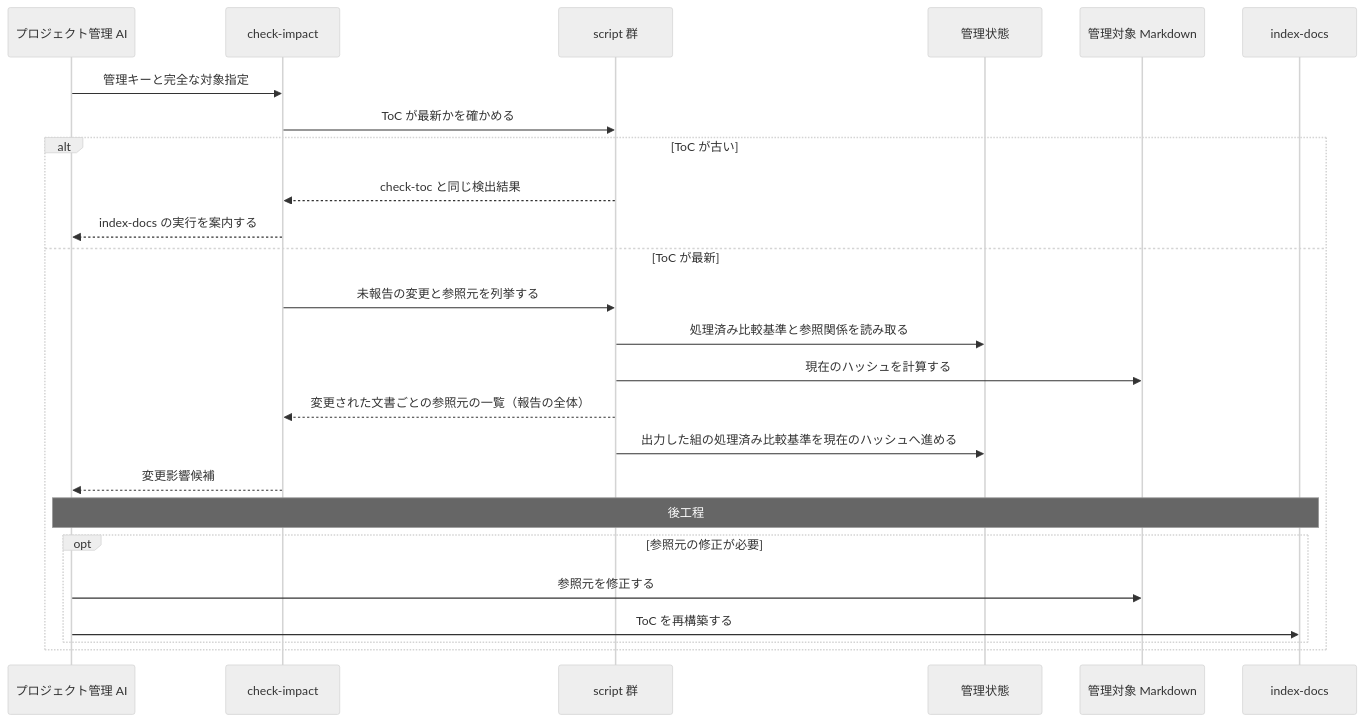
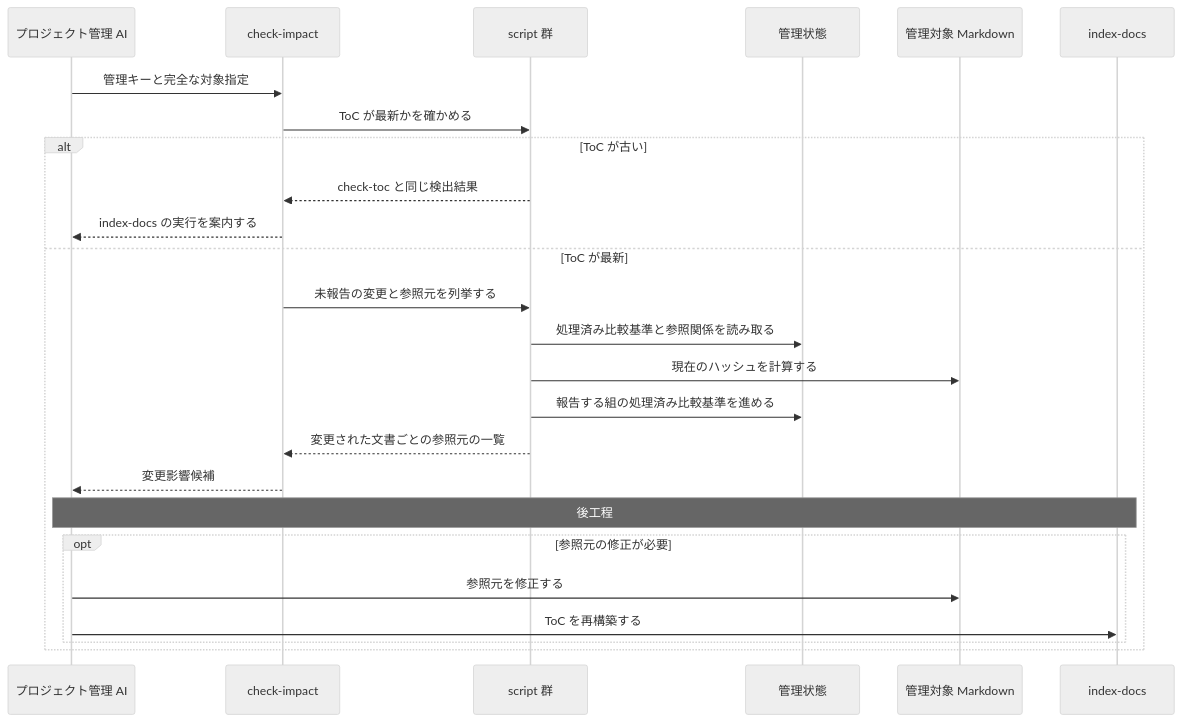
Before and after one commit to BlueEventHorizon/doc-link: the eighth of 8 diagrams in docs/specs/design/DES-010-skill-composition.md, drawn with Mermaid (neutral theme). The commit also changed other lines of this file and 15 other files, not shown here.

````diff
--- a/docs/specs/design/DES-010-skill-composition.md
+++ b/docs/specs/design/DES-010-skill-composition.md
@@ -314,28 +314,28 @@
 ```mermaid
 sequenceDiagram
     participant PM as プロジェクト管理 AI
     participant Skill as check-impact
     participant Scripts as script 群
     participant DB as 管理状態
     participant Docs as 管理対象 Markdown
     participant Index as index-docs
 
     PM->>Skill: 管理キーと完全な対象指定
     Skill->>Scripts: ToC が最新かを確かめる
     alt ToC が古い
         Scripts-->>Skill: check-toc と同じ検出結果
         Skill-->>PM: index-docs の実行を案内する
     else ToC が最新
         Skill->>Scripts: 未報告の変更と参照元を列挙する
         Scripts->>DB: 処理済み比較基準と参照関係を読み取る
         Scripts->>Docs: 現在のハッシュを計算する
-        Scripts-->>Skill: 変更された文書ごとの参照元の一覧（報告の全体）
-        Scripts->>DB: 出力した組の処理済み比較基準を現在のハッシュへ進める
+        Scripts->>DB: 報告する組の処理済み比較基準を進める
+        Scripts-->>Skill: 変更された文書ごとの参照元の一覧
         Skill-->>PM: 変更影響候補
         Note over PM,Index: 後工程
         opt 参照元の修正が必要
             PM->>Docs: 参照元を修正する
             PM->>Index: ToC を再構築する
         end
     end
 ```
````
